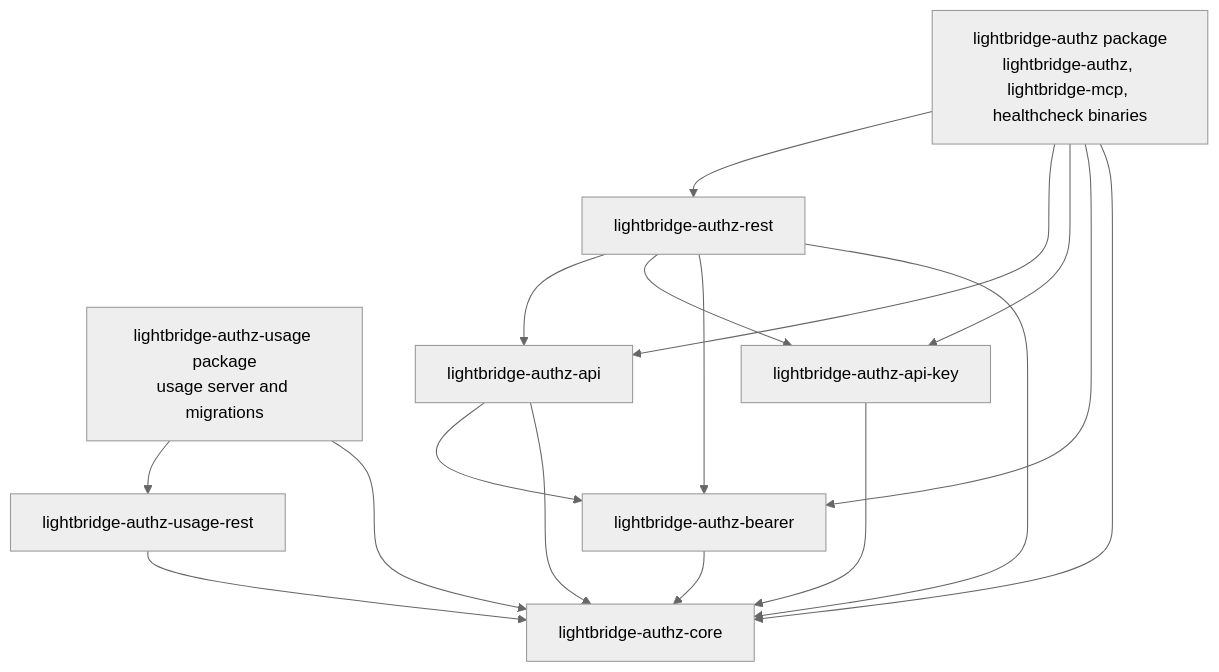
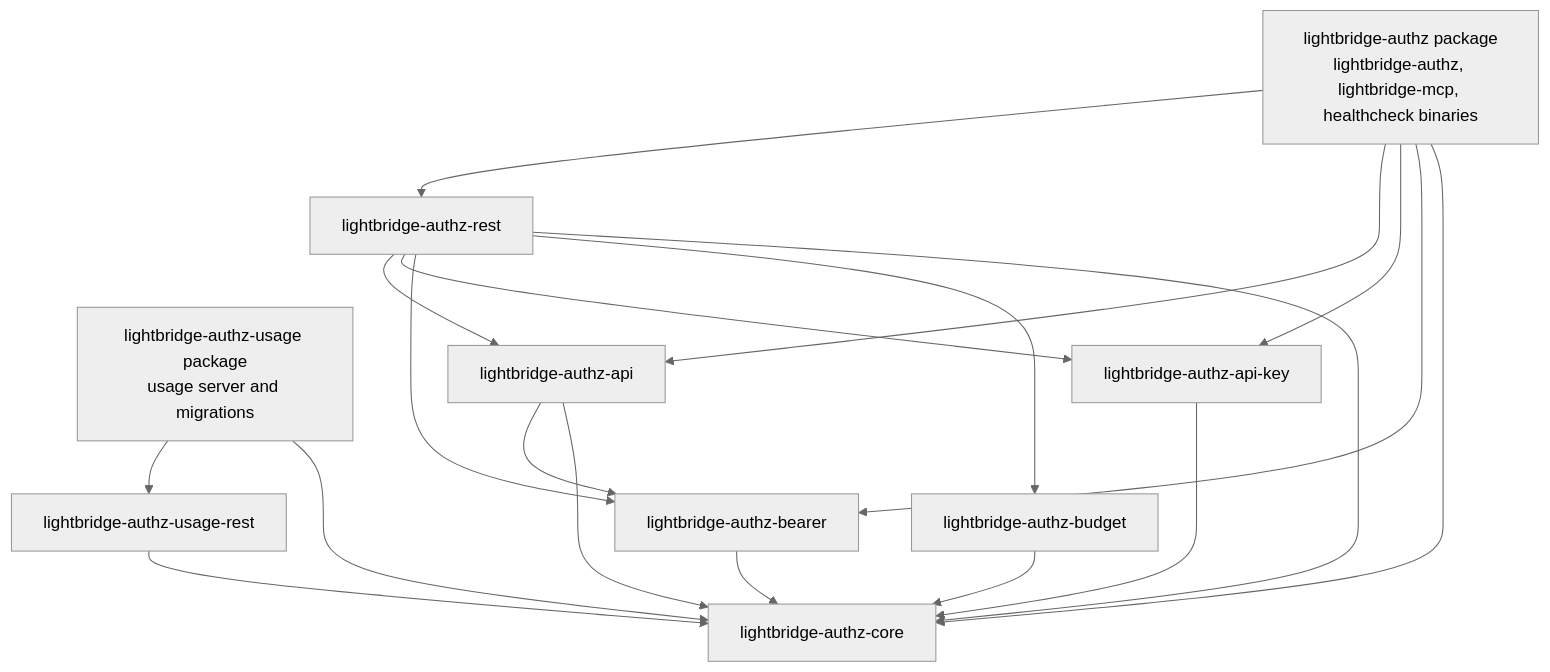
One commit to ADORSYS-GIS/lightbridge-authz changed the second of 6 diagrams in docs/architecture.md. Above: the diagram before and after it, drawn with Mermaid (neutral theme). The commit also changed other lines of this file and 4 other files, not shown here.

First line of the commit message:
docs: document the budget domain across AGENTS.md, README, and architecture.md

````diff
--- a/docs/architecture.md
+++ b/docs/architecture.md
@@ -58,30 +58,33 @@
 ```mermaid
 flowchart TB
     AuthzBin[lightbridge-authz package\nlightbridge-authz, lightbridge-mcp, healthcheck binaries]
     UsageBin[lightbridge-authz-usage package\nusage server and migrations]
 
     Rest[lightbridge-authz-rest]
     Usage[lightbridge-authz-usage-rest]
     Api[lightbridge-authz-api]
     Repo[lightbridge-authz-api-key]
     Bearer[lightbridge-authz-bearer]
+    Budget[lightbridge-authz-budget]
     Core[lightbridge-authz-core]
 
     AuthzBin --> Rest
     AuthzBin --> Api
     AuthzBin --> Repo
     AuthzBin --> Bearer
     AuthzBin --> Core
     UsageBin --> Usage
     UsageBin --> Core
 
     Rest --> Api
     Rest --> Repo
     Rest --> Bearer
+    Rest --> Budget
     Rest --> Core
     Api --> Bearer
     Api --> Core
     Repo --> Core
     Bearer --> Core
+    Budget --> Core
     Usage --> Core
 ```
````
